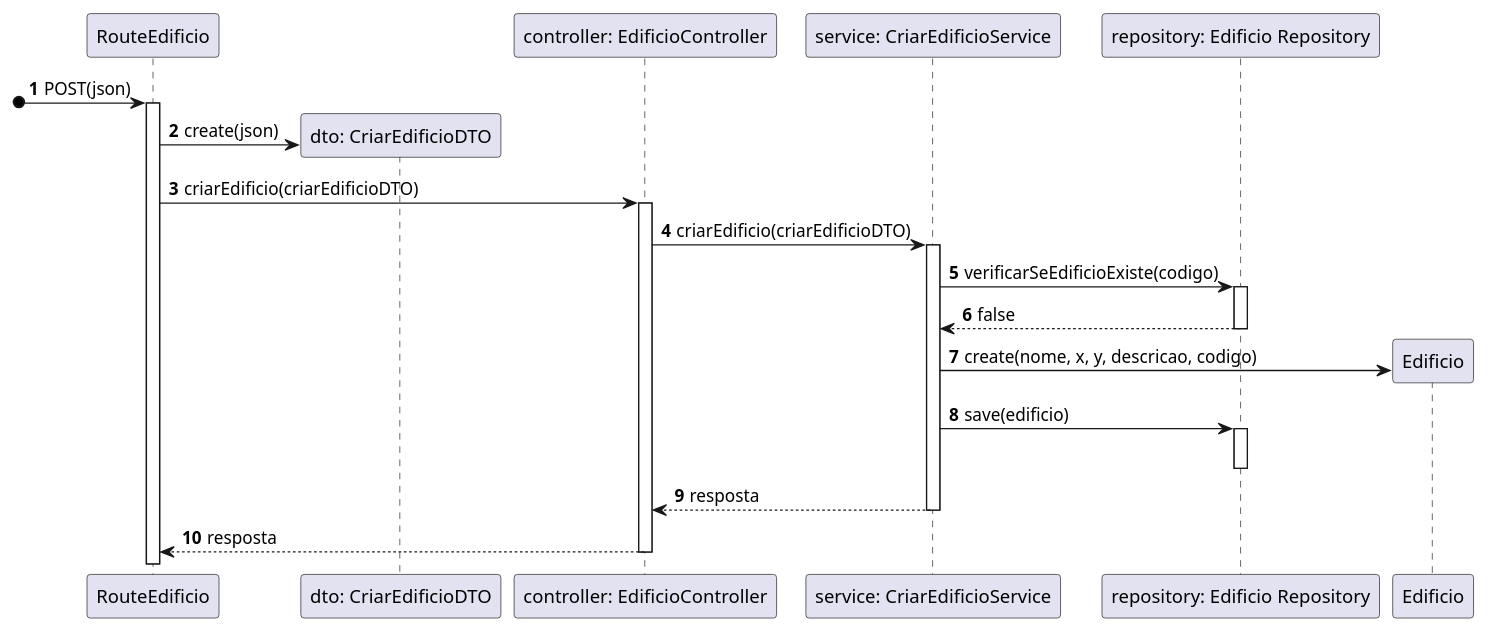
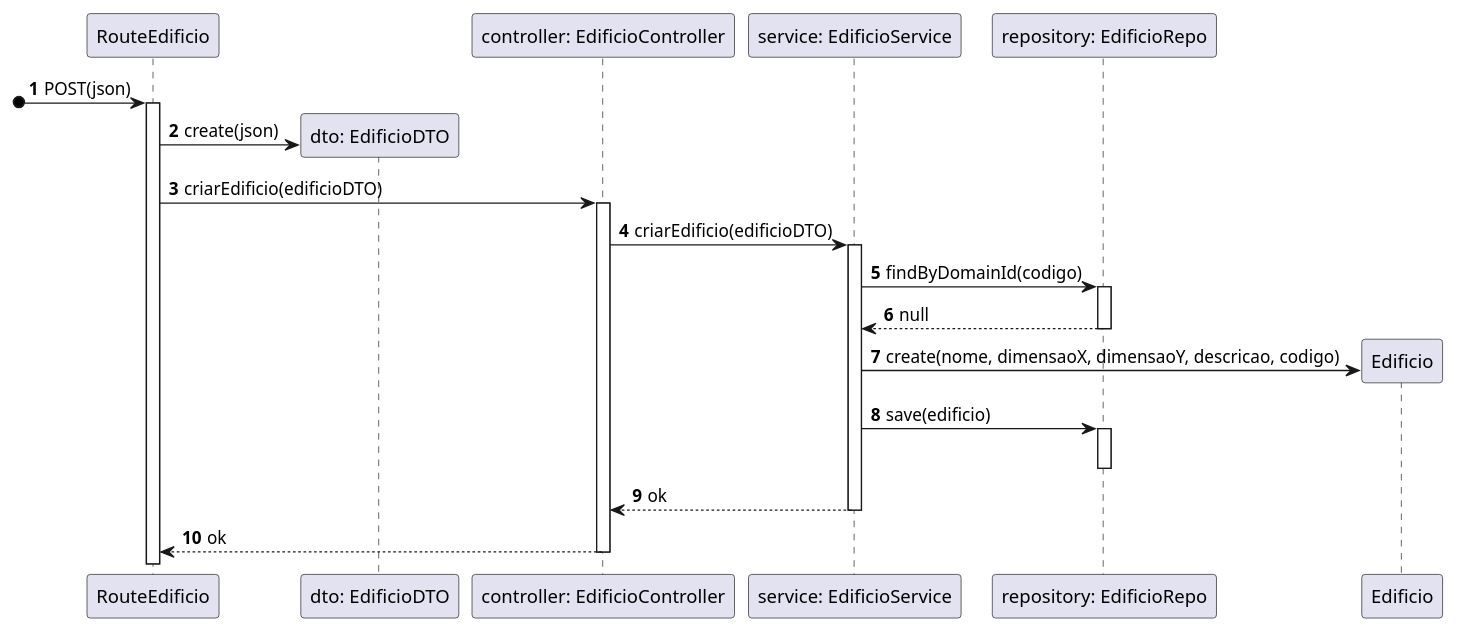
One commit to SEM5PI2324G58/sem5pi_g58_23_24 changed the diagram in docs/Sprint_A/US_150/N3/VP.plantuml. Above: the diagram before and after it, drawn with PlantUML. The commit also changed 3 other files, not shown here.

```diff
--- a/docs/Sprint_A/US_150/N3/VP.plantuml
+++ b/docs/Sprint_A/US_150/N3/VP.plantuml
@@ -1,25 +1,25 @@
 autonumber
 
 participant RouteEdificio as route
-participant "dto: CriarEdificioDTO" as dto
+participant "dto: EdificioDTO" as dto
 participant "controller: EdificioController" as ctrl
-participant "service: CriarEdificioService" as service
-participant "repository: Edificio Repository" as edRepo
+participant "service: EdificioService" as service
+participant "repository: EdificioRepo" as edRepo
 participant "Edificio" as ed
 
 [o-> route: POST(json)
 activate route
 route -> dto ** : create(json)
-route -> ctrl: criarEdificio(criarEdificioDTO)
+route -> ctrl: criarEdificio(edificioDTO)
 activate ctrl
-ctrl -> service: criarEdificio(criarEdificioDTO) 
+ctrl -> service: criarEdificio(edificioDTO) 
 activate service
-service -> edRepo: verificarSeEdificioExiste(codigo)
+service -> edRepo: findByDomainId(codigo)
 activate edRepo
-return false
-service -> ed** : create(nome, x, y, descricao, codigo)
+return null
+service -> ed** : create(nome, dimensaoX, dimensaoY, descricao, codigo)
 service -> edRepo: save(edificio)
 activate edRepo
 deactivate edRepo
-return resposta
-return resposta
+return ok
+return ok
```
